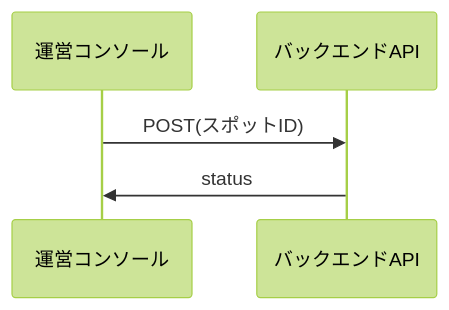
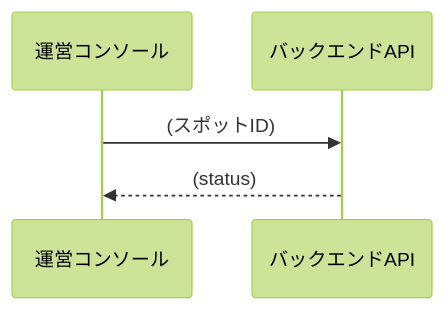
Before and after one commit to after-school-garbage-squad/repaint-architecture: the fifth of 13 diagrams in docs/sequence/admin.md, drawn with Mermaid (forest theme). The commit also changed other lines of this file and 3 other files, not shown here.

````diff
--- a/docs/sequence/admin.md
+++ b/docs/sequence/admin.md
@@ -59,8 +59,8 @@
 ```mermaid
 sequenceDiagram
     participant web as 運営コンソール
     participant back as バックエンドAPI
-    web ->> back: POST(スポットID)
-    back ->> web: status
+    web ->> back: (スポットID)
+    back -->> web: (status)
     
 ```
````
